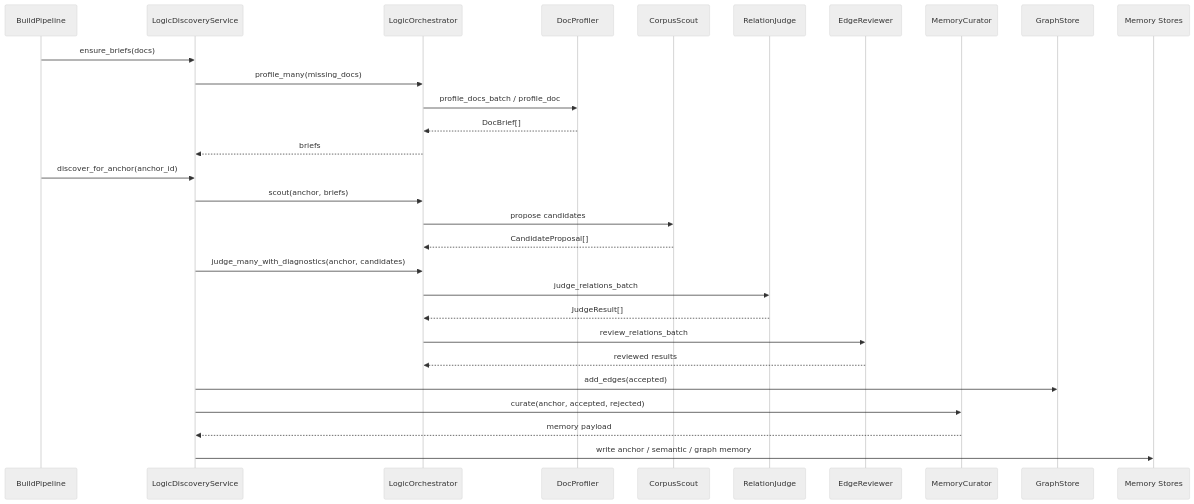
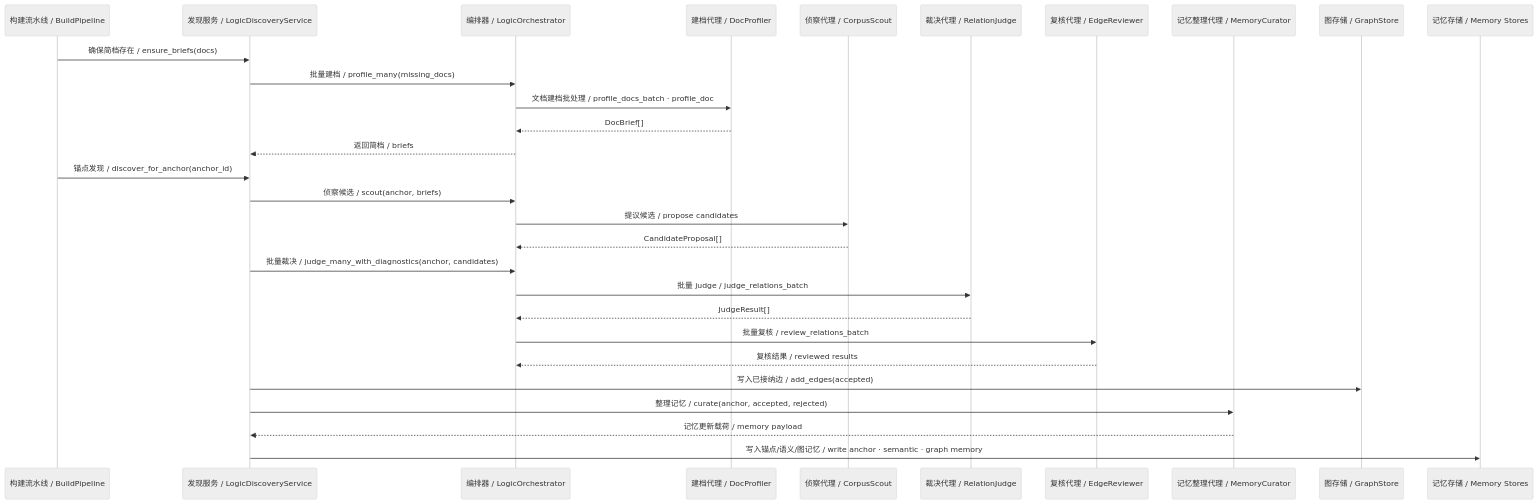
Before and after one commit to DocuMind-Team/gl-hnsw: the second of 4 diagrams in docs/architecture.md, drawn with Mermaid (neutral theme). The commit also changed other lines of this file and 1 other file, not shown here.

Commit message:
docs(mermaid): bilingualize diagram labels

````diff
--- a/docs/architecture.md
+++ b/docs/architecture.md
@@ -213,35 +213,35 @@
 ```mermaid
 sequenceDiagram
-    participant P as BuildPipeline
-    participant D as LogicDiscoveryService
-    participant O as LogicOrchestrator
-    participant Prof as DocProfiler
-    participant Scout as CorpusScout
-    participant Judge as RelationJudge
-    participant Review as EdgeReviewer
-    participant Cur as MemoryCurator
-    participant G as GraphStore
-    participant M as Memory Stores
+    participant P as 构建流水线 / BuildPipeline
+    participant D as 发现服务 / LogicDiscoveryService
+    participant O as 编排器 / LogicOrchestrator
+    participant Prof as 建档代理 / DocProfiler
+    participant Scout as 侦察代理 / CorpusScout
+    participant Judge as 裁决代理 / RelationJudge
+    participant Review as 复核代理 / EdgeReviewer
+    participant Cur as 记忆整理代理 / MemoryCurator
+    participant G as 图存储 / GraphStore
+    participant M as 记忆存储 / Memory Stores
 
-    P->>D: ensure_briefs(docs)
-    D->>O: profile_many(missing_docs)
-    O->>Prof: profile_docs_batch / profile_doc
+    P->>D: 确保简档存在 / ensure_briefs(docs)
+    D->>O: 批量建档 / profile_many(missing_docs)
+    O->>Prof: 文档建档批处理 / profile_docs_batch · profile_doc
     Prof-->>O: DocBrief[]
-    O-->>D: briefs
+    O-->>D: 返回简档 / briefs
 
-    P->>D: discover_for_anchor(anchor_id)
-    D->>O: scout(anchor, briefs)
-    O->>Scout: propose candidates
+    P->>D: 锚点发现 / discover_for_anchor(anchor_id)
+    D->>O: 侦察候选 / scout(anchor, briefs)
+    O->>Scout: 提议候选 / propose candidates
     Scout-->>O: CandidateProposal[]
 
-    D->>O: judge_many_with_diagnostics(anchor, candidates)
-    O->>Judge: judge_relations_batch
+    D->>O: 批量裁决 / judge_many_with_diagnostics(anchor, candidates)
+    O->>Judge: 批量 judge / judge_relations_batch
     Judge-->>O: JudgeResult[]
-    O->>Review: review_relations_batch
-    Review-->>O: reviewed results
+    O->>Review: 批量复核 / review_relations_batch
+    Review-->>O: 复核结果 / reviewed results
 
-    D->>G: add_edges(accepted)
-    D->>Cur: curate(anchor, accepted, rejected)
-    Cur-->>D: memory payload
-    D->>M: write anchor / semantic / graph memory
+    D->>G: 写入已接纳边 / add_edges(accepted)
+    D->>Cur: 整理记忆 / curate(anchor, accepted, rejected)
+    Cur-->>D: 记忆更新载荷 / memory payload
+    D->>M: 写入锚点/语义/图记忆 / write anchor · semantic · graph memory
 ```
````
